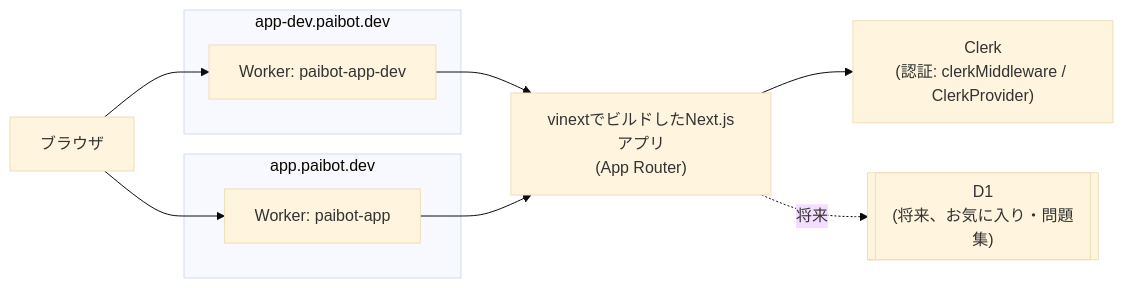
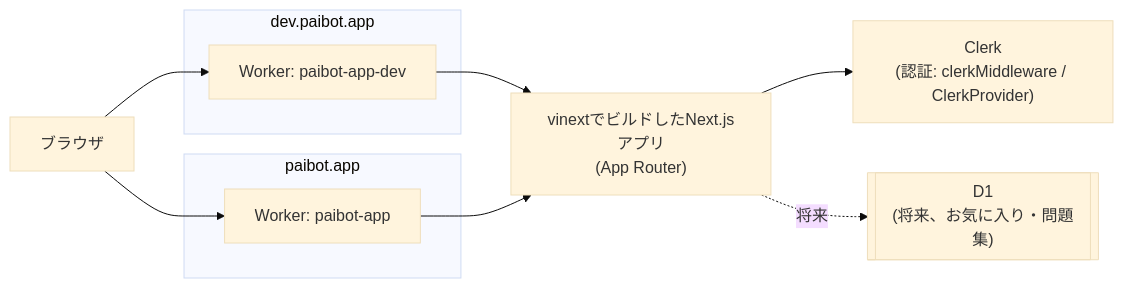
The first of 2 diagrams in docs/architecture.md (paibot-hq/paibot-app), drawn with Mermaid (base theme) before and after one commit. The commit also changed other lines of this file and 63 other files, not shown here.

Commit message:
One site on paibot.app: drop paibot.dev and the subdomains; the top page is a search over the apps and the math drills

````diff
--- a/docs/architecture.md
+++ b/docs/architecture.md
@@ -26,22 +26,22 @@
 ```mermaid
 flowchart LR
     Browser["ブラウザ"]
 
-    subgraph Dev["app-dev.paibot.dev"]
+    subgraph Dev["dev.paibot.app"]
         WorkerDev["Worker: paibot-app-dev"]
     end
-    subgraph Prod["app.paibot.dev"]
+    subgraph Prod["paibot.app"]
         WorkerProd["Worker: paibot-app"]
     end
 
     Next["vinextでビルドしたNext.jsアプリ\n(App Router)"]
     Clerk["Clerk\n(認証: clerkMiddleware / ClerkProvider)"]
     D1[["D1\n(将来、お気に入り・問題集)"]]
 
     Browser --> WorkerDev
     Browser --> WorkerProd
     WorkerDev --> Next
     WorkerProd --> Next
     Next --> Clerk
     Next -.将来.-> D1
 ```
````
